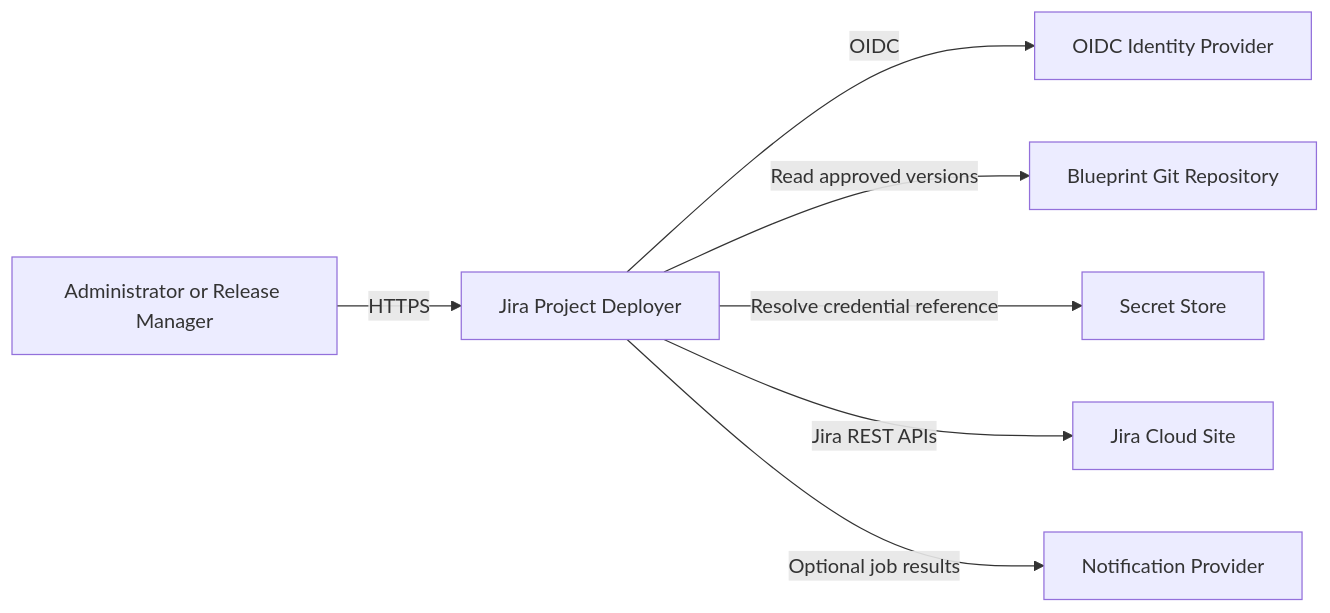
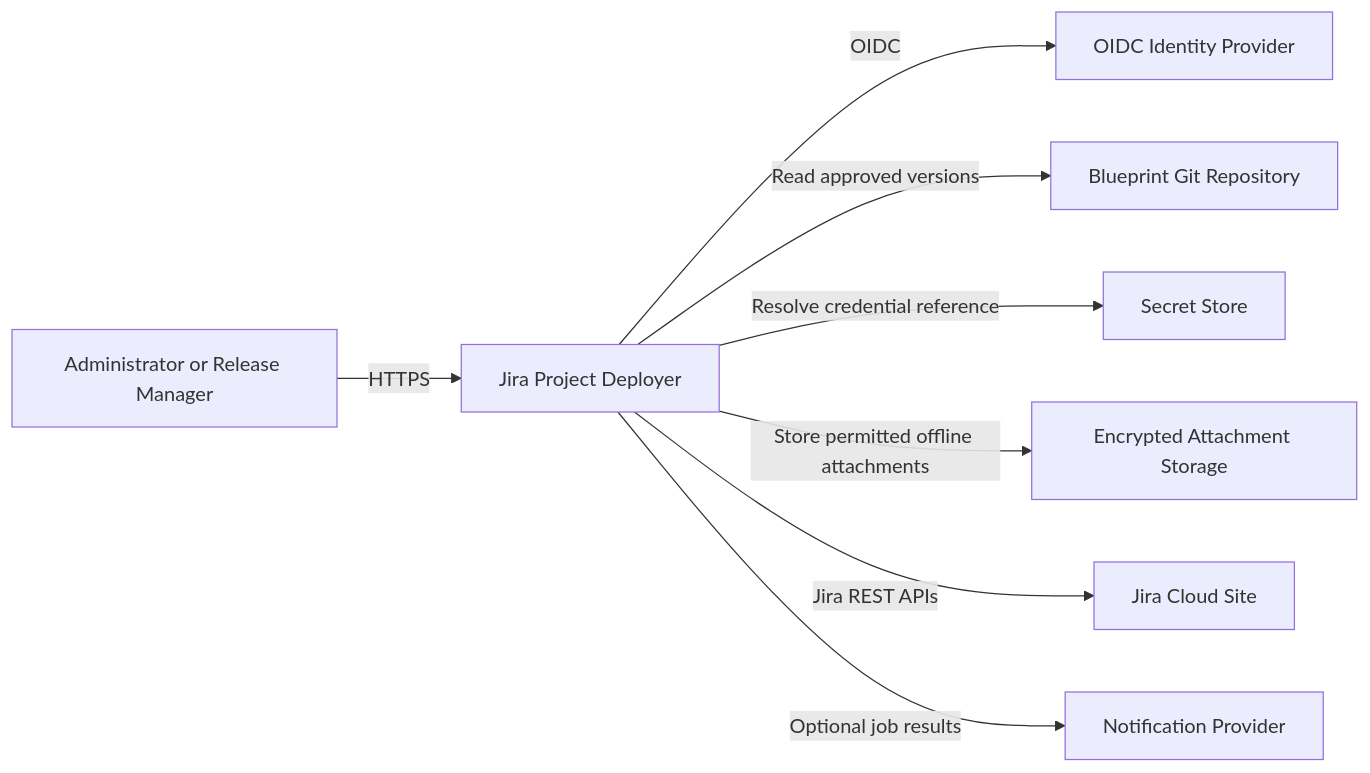
One commit to zbambas/teristika changed the first of 2 diagrams in docs/solution-architecture.md. Above: the diagram before and after it, drawn with Mermaid. The commit also changed other lines of this file and 30 other files, not shown here.

````diff
--- a/docs/solution-architecture.md
+++ b/docs/solution-architecture.md
@@ -21,17 +21,19 @@
 ```mermaid
 flowchart LR
     User[Administrator or Release Manager]
     IdP[OIDC Identity Provider]
     Git[Blueprint Git Repository]
     App[Jira Project Deployer]
     SecretStore[Secret Store]
+    BlobStore[Encrypted Attachment Storage]
     Jira[Jira Cloud Site]
     Notify[Notification Provider]
 
     User -->|HTTPS| App
     App -->|OIDC| IdP
     App -->|Read approved versions| Git
     App -->|Resolve credential reference| SecretStore
+    App -->|Store permitted offline attachments| BlobStore
     App -->|Jira REST APIs| Jira
     App -->|Optional job results| Notify
 ```
````
